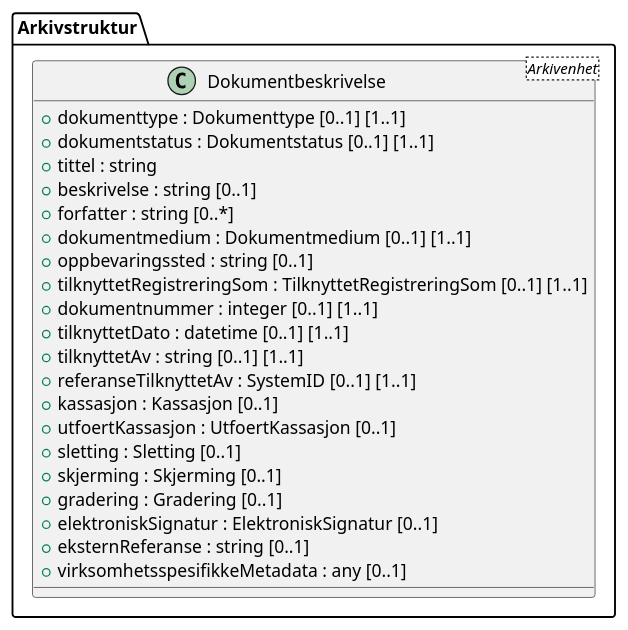
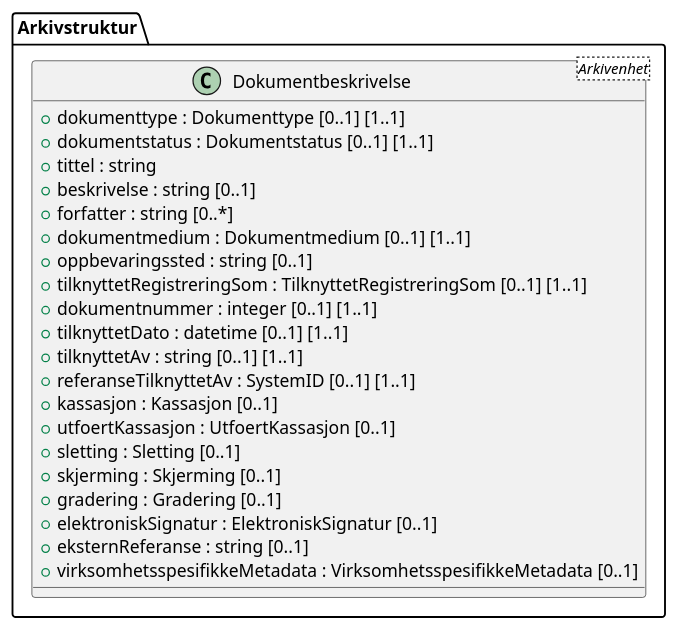
One commit to arkivverket/noark5-tjenestegrensesnitt-standard changed the diagram in kapitler/media/uml-class-dokumentbeskrivelse.iuml. Above: the diagram before and after it, drawn with PlantUML. The commit also changed 98 other files, not shown here.

Commit message:
Updated all UML diagrams based on chapter 7.

```diff
--- a/kapitler/media/uml-class-dokumentbeskrivelse.iuml
+++ b/kapitler/media/uml-class-dokumentbeskrivelse.iuml
@@ -1,24 +1,24 @@
 @startuml
 class Arkivstruktur.Dokumentbeskrivelse <Arkivenhet> {
   +dokumenttype : Dokumenttype [0..1] [1..1]
   +dokumentstatus : Dokumentstatus [0..1] [1..1]
   +tittel : string
   +beskrivelse : string [0..1]
   +forfatter : string [0..*]
   +dokumentmedium : Dokumentmedium [0..1] [1..1]
   +oppbevaringssted : string [0..1]
   +tilknyttetRegistreringSom : TilknyttetRegistreringSom [0..1] [1..1]
   +dokumentnummer : integer [0..1] [1..1]
   +tilknyttetDato : datetime [0..1] [1..1]
   +tilknyttetAv : string [0..1] [1..1]
   +referanseTilknyttetAv : SystemID [0..1] [1..1]
   +kassasjon : Kassasjon [0..1]
   +utfoertKassasjon : UtfoertKassasjon [0..1]
   +sletting : Sletting [0..1]
   +skjerming : Skjerming [0..1]
   +gradering : Gradering [0..1]
   +elektroniskSignatur : ElektroniskSignatur [0..1]
   +eksternReferanse : string [0..1]
-  +virksomhetsspesifikkeMetadata : any [0..1]
+  +virksomhetsspesifikkeMetadata : VirksomhetsspesifikkeMetadata [0..1]
 }
 @enduml
```
